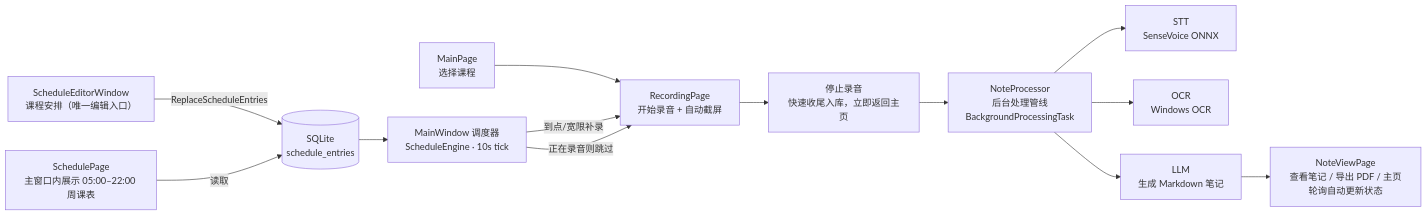
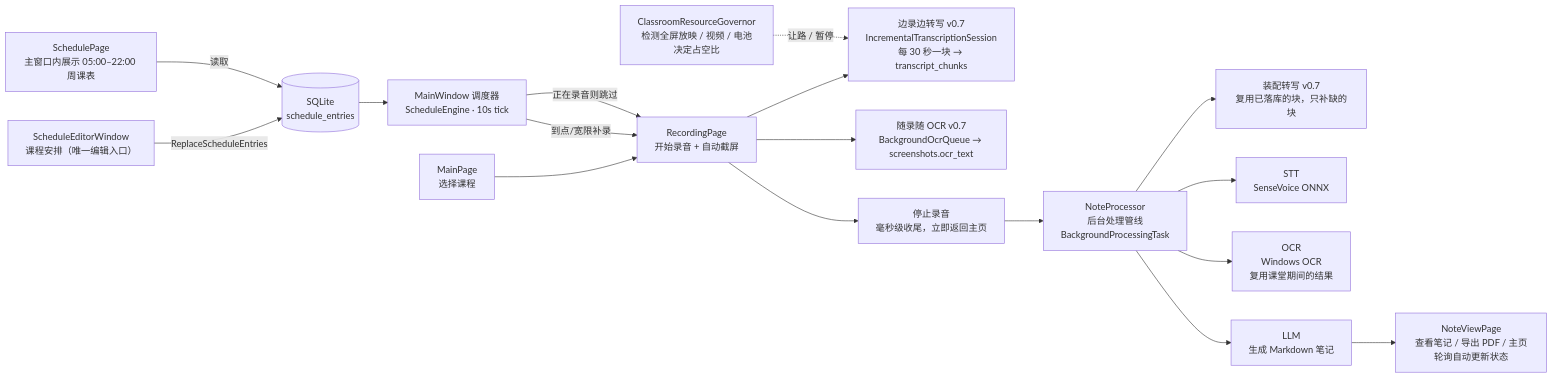
One commit to whoever1214/ClassNote-Standalone changed the diagram in docs/开发文档.md. Above: the diagram before and after it, drawn with Mermaid. The commit also changed other lines of this file and 79 other files, not shown here.

````diff
--- a/docs/开发文档.md
+++ b/docs/开发文档.md
@@ -65,16 +103,20 @@
 ```mermaid
 flowchart LR
   A[MainPage<br/>选择课程] --> B[RecordingPage<br/>开始录音 + 自动截屏]
-  B --> C[停止录音<br/>快速收尾入库，立即返回主页]
+  B --> B1[边录边转写 v0.7<br/>IncrementalTranscriptionSession<br/>每 30 秒一块 → transcript_chunks]
+  B --> B2[随录随 OCR v0.7<br/>BackgroundOcrQueue → screenshots.ocr_text]
+  B --> C[停止录音<br/>毫秒级收尾，立即返回主页]
   C --> D[NoteProcessor<br/>后台处理管线<br/>BackgroundProcessingTask]
+  D --> D0[装配转写 v0.7<br/>复用已落库的块，只补缺的块]
   D --> D1[STT<br/>SenseVoice ONNX]
-  D --> D2[OCR<br/>Windows OCR]
+  D --> D2[OCR<br/>Windows OCR<br/>复用课堂期间的结果]
   D --> D3[LLM<br/>生成 Markdown 笔记]
   D3 --> E[NoteViewPage<br/>查看笔记 / 导出 PDF / 主页轮询自动更新状态]
 
   S[ScheduleEditorWindow<br/>课程安排（唯一编辑入口）] -->|ReplaceScheduleEntries| DB[(SQLite<br/>schedule_entries)]
   T[MainWindow 调度器<br/>ScheduleEngine · 10s tick] -->|到点/宽限补录| B
   DB --> T
   T -->|正在录音则跳过| B
   P[SchedulePage<br/>主窗口内展示 05:00–22:00 周课表] -->|读取| DB
+  G[ClassroomResourceGovernor<br/>检测全屏放映 / 视频 / 电池<br/>决定占空比] -.->|让路 / 暂停| B1
 ```
````
